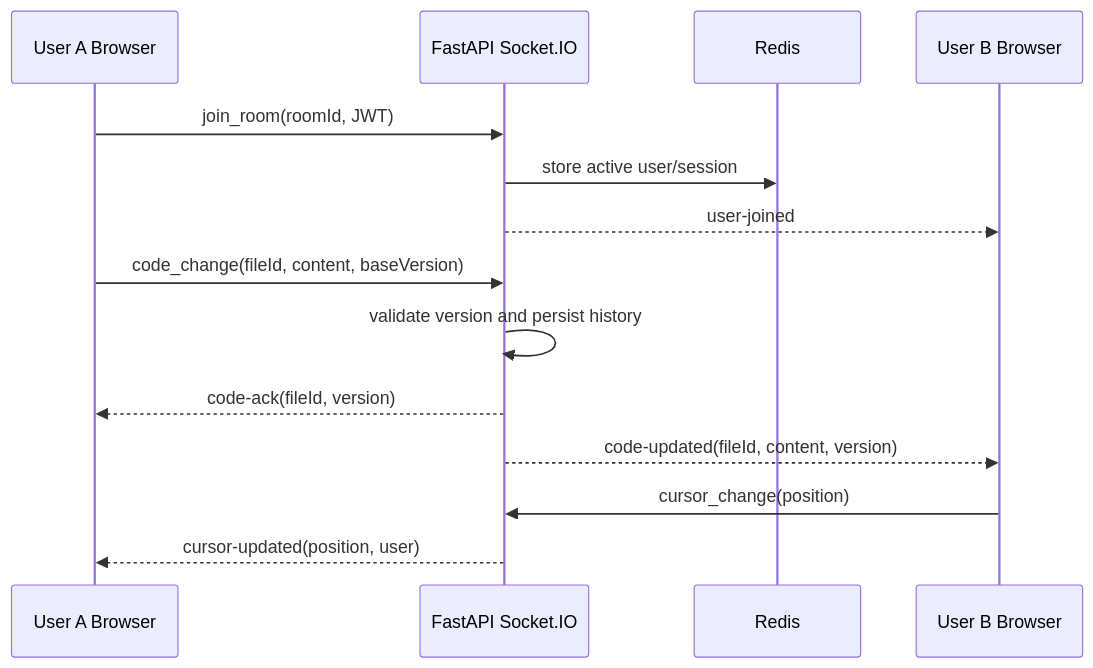
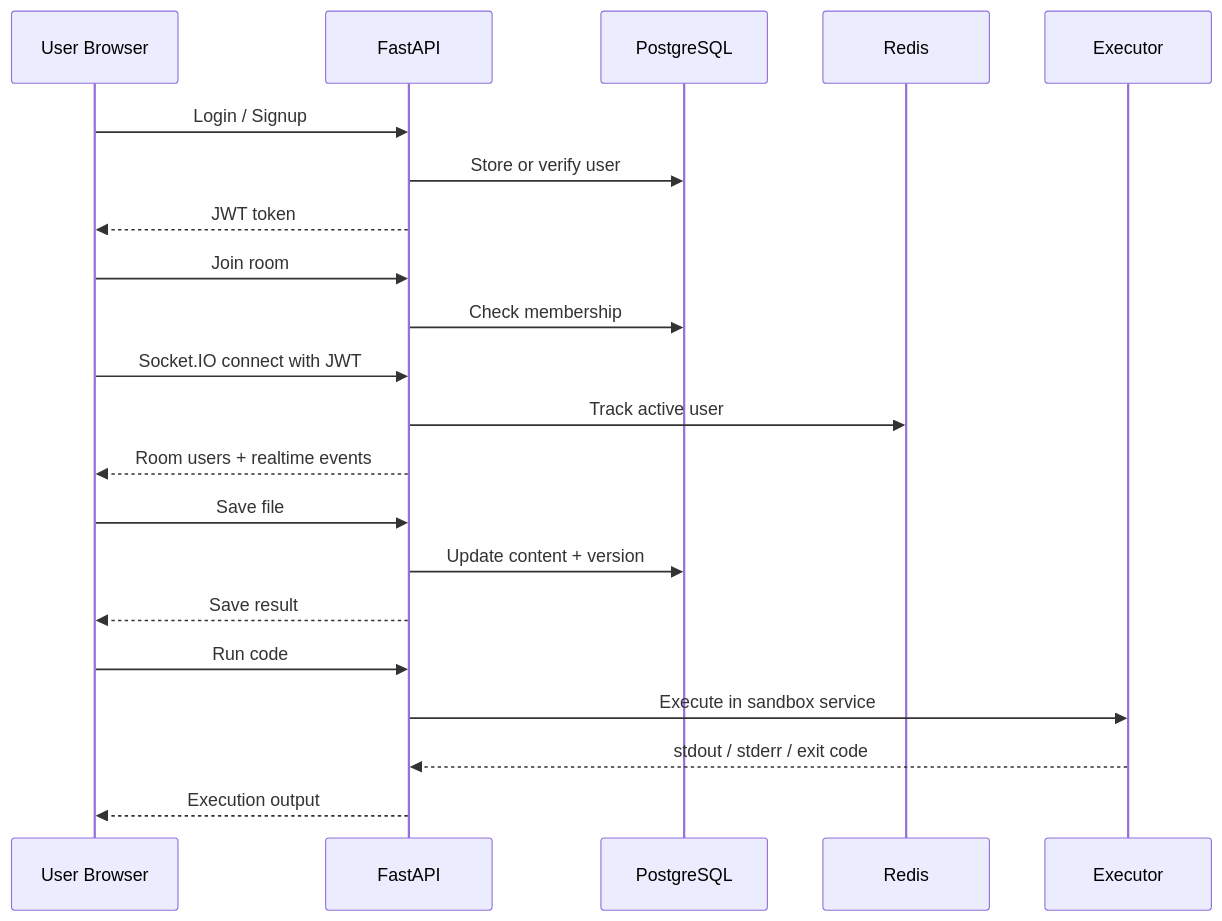
The second of 3 diagrams in collab-code-editor/README.md (krish-mittal1/Aether), drawn with Mermaid before and after one commit. The commit also changed other lines of this file, not shown here.

````diff
--- a/collab-code-editor/README.md
+++ b/collab-code-editor/README.md
@@ -39,16 +86,27 @@
 ```mermaid
 sequenceDiagram
-  participant A as User A Browser
-  participant API as FastAPI Socket.IO
-  participant R as Redis
-  participant B as User B Browser
-  A->>API: join_room(roomId, JWT)
-  API->>R: store active user/session
-  API-->>B: user-joined
-  A->>API: code_change(fileId, content, baseVersion)
-  API->>API: validate version and persist history
-  API-->>A: code-ack(fileId, version)
-  API-->>B: code-updated(fileId, content, version)
-  B->>API: cursor_change(position)
-  API-->>A: cursor-updated(position, user)
+    participant U as User Browser
+    participant API as FastAPI
+    participant DB as PostgreSQL
+    participant R as Redis
+    participant E as Executor
+
+    U->>API: Login / Signup
+    API->>DB: Store or verify user
+    API-->>U: JWT token
+
+    U->>API: Join room
+    API->>DB: Check membership
+    U->>API: Socket.IO connect with JWT
+    API->>R: Track active user
+    API-->>U: Room users + realtime events
+
+    U->>API: Save file
+    API->>DB: Update content + version
+    API-->>U: Save result
+
+    U->>API: Run code
+    API->>E: Execute in sandbox service
+    E-->>API: stdout / stderr / exit code
+    API-->>U: Execution output
 ```
````
